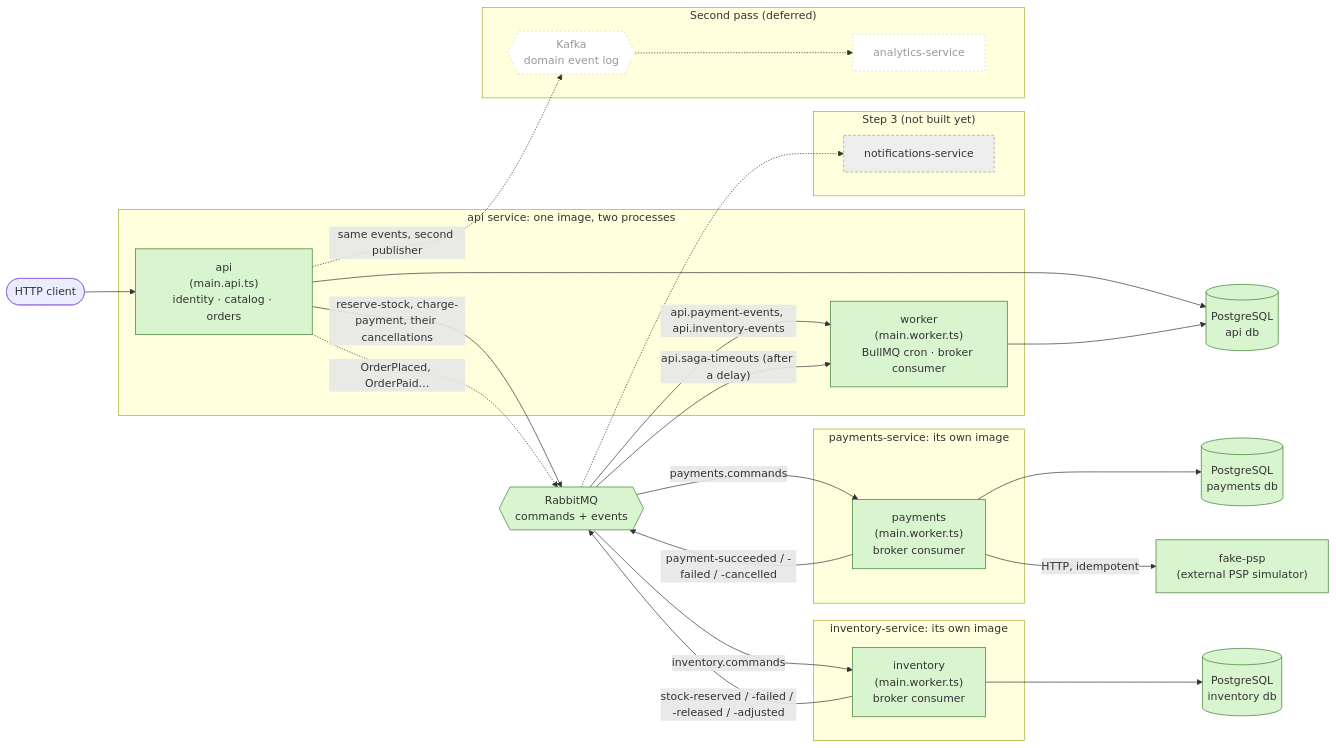
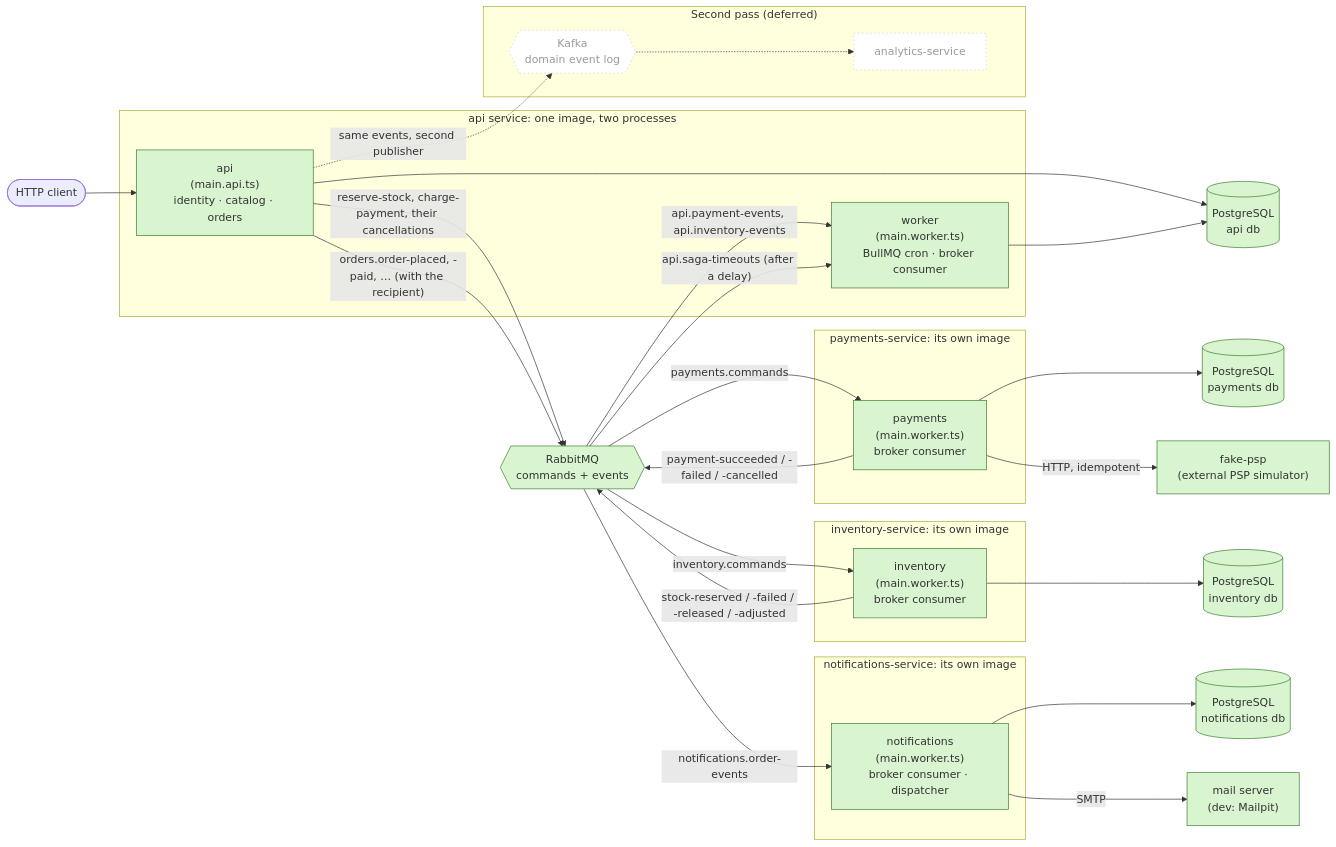
One commit to KarpAAA/order-management changed the first of 6 diagrams in docs/architecture.md. Above: the diagram before and after it, drawn with Mermaid. The commit also changed other lines of this file and 7 other files, not shown here.

First line of the commit message:
docs: record the notifications service

````diff
--- a/docs/architecture.md
+++ b/docs/architecture.md
@@ -8,53 +8,54 @@
 ```mermaid
 flowchart LR
   client([HTTP client]) --> api
 
   subgraph apiSvc["api service: one image, two processes"]
     api["api<br/>(main.api.ts)<br/>identity · catalog · orders"]
     worker["worker<br/>(main.worker.ts)<br/>BullMQ cron · broker consumer"]
   end
 
   subgraph paySvc["payments-service: its own image"]
     payments["payments<br/>(main.worker.ts)<br/>broker consumer"]
   end
 
   rabbit{{RabbitMQ<br/>commands + events}}
 
   api --> pg[("PostgreSQL<br/>api db")]
   worker --> pg
   api -- "reserve-stock, charge-payment, their cancellations" --> rabbit
   rabbit -- "payments.commands" --> payments
   payments -- "payment-succeeded / -failed / -cancelled" --> rabbit
   rabbit -- "api.payment-events, api.inventory-events" --> worker
   rabbit -- "api.saga-timeouts (after a delay)" --> worker
   payments --> paydb[("PostgreSQL<br/>payments db")]
   payments -- "HTTP, idempotent" --> psp["fake-psp<br/>(external PSP simulator)"]
 
   subgraph invSvc["inventory-service: its own image"]
     inventory["inventory<br/>(main.worker.ts)<br/>broker consumer"]
   end
 
-  subgraph later["Step 3 (not built yet)"]
-    notifications["notifications-service"]
+  subgraph notSvc["notifications-service: its own image"]
+    notifications["notifications<br/>(main.worker.ts)<br/>broker consumer · dispatcher"]
   end
 
   subgraph second["Second pass (deferred)"]
     analytics["analytics-service"]
     kafka{{Kafka<br/>domain event log}}
   end
 
   rabbit -- "inventory.commands" --> inventory
   inventory -- "stock-reserved / -failed / -released / -adjusted" --> rabbit
   inventory --> invdb[("PostgreSQL<br/>inventory db")]
-  api -. "OrderPlaced, OrderPaid…" .-> rabbit
-  rabbit -.-> notifications
+  api -- "orders.order-placed, -paid, … (with the recipient)" --> rabbit
+  rabbit -- "notifications.order-events" --> notifications
+  notifications --> notdb[("PostgreSQL<br/>notifications db")]
+  notifications -- "SMTP" --> mail["mail server<br/>(dev: Mailpit)"]
   api -. "same events, second publisher" .-> kafka
   kafka -.-> analytics
 
   classDef built fill:#d8f5d0,stroke:#3a7d2c;
   classDef future fill:#eee,stroke:#999,stroke-dasharray: 4 3;
   classDef deferred fill:#fff,stroke:#ccc,stroke-dasharray: 2 4,color:#999;
-  class api,worker,pg,psp,payments,paydb,rabbit,inventory,invdb built;
-  class notifications future;
+  class api,worker,pg,psp,payments,paydb,rabbit,inventory,invdb,notifications,notdb,mail built;
   class analytics,kafka deferred;
 ```
````
